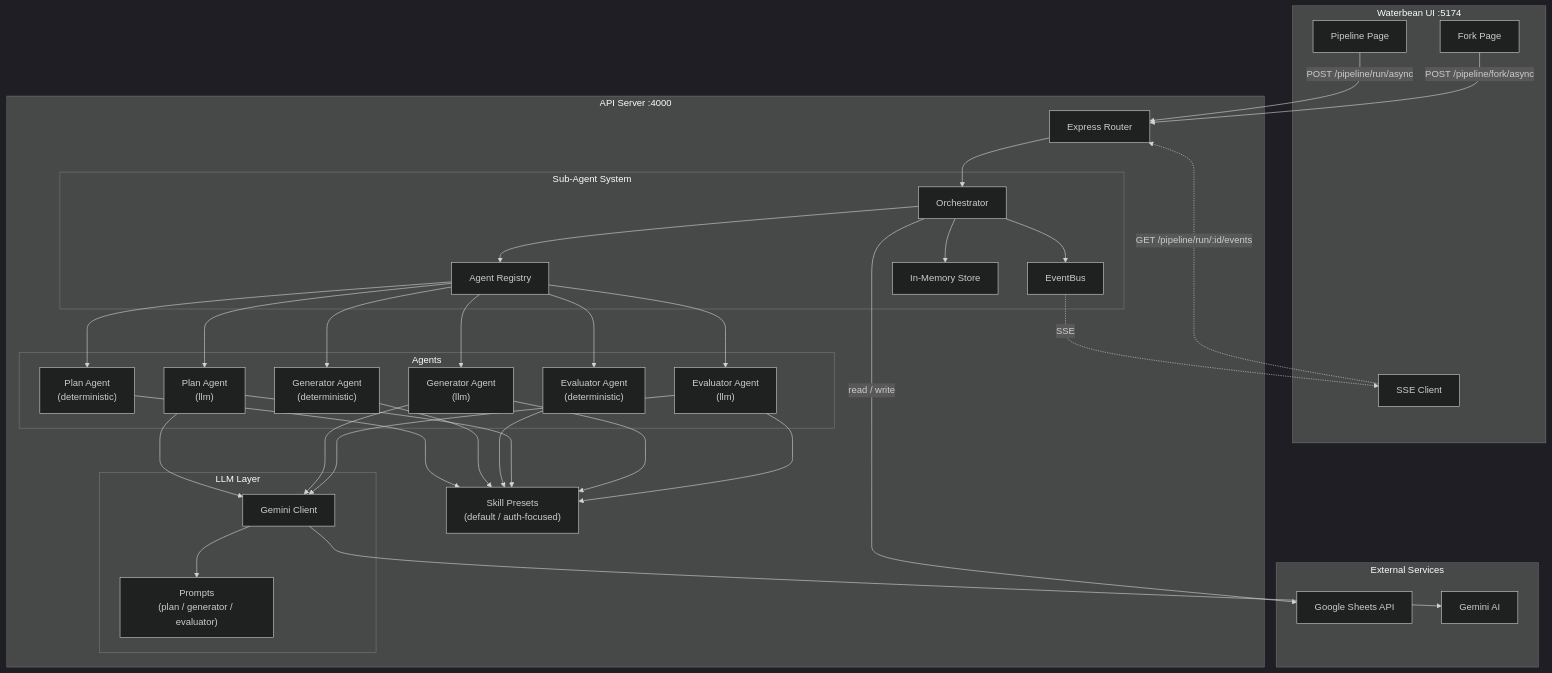
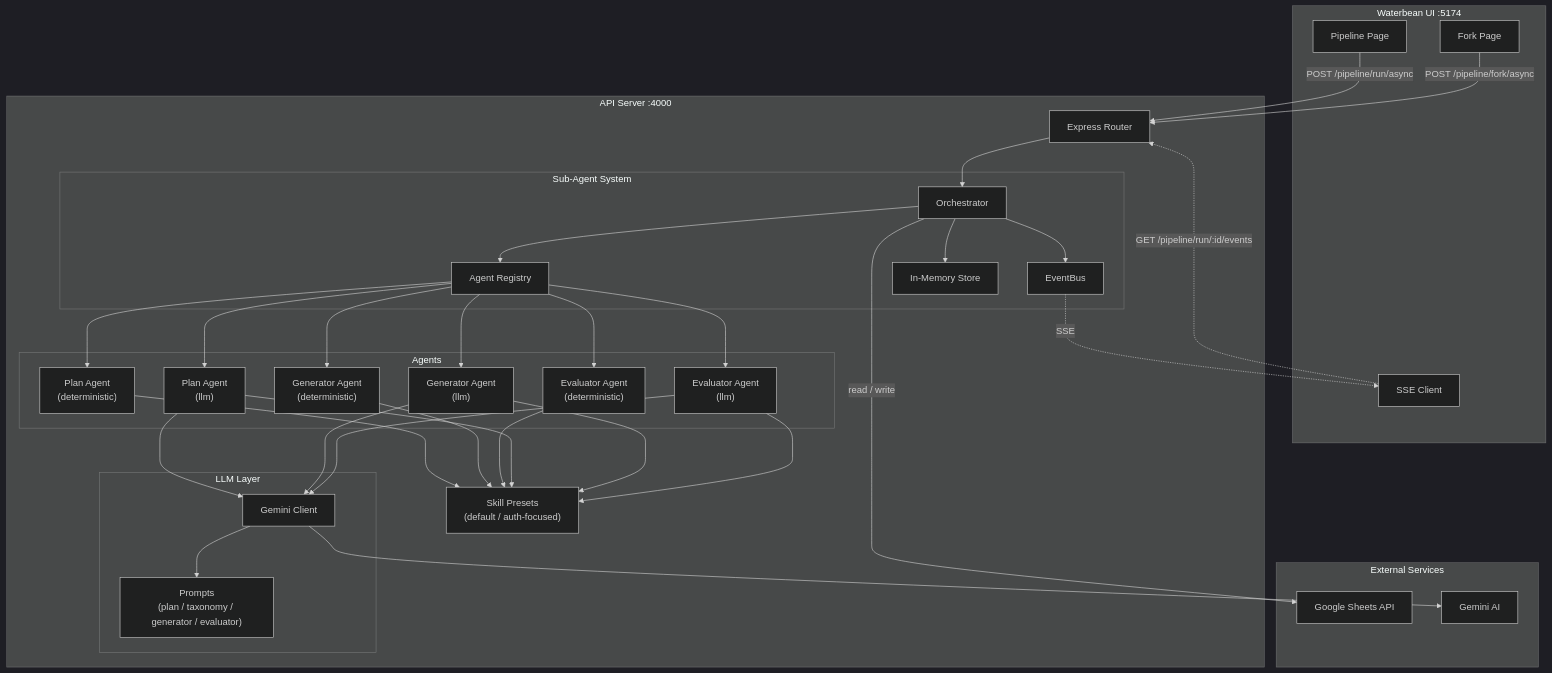
The first of 2 diagrams in README.md (hrk-day1/partner-center), drawn with Mermaid (dark theme) before and after one commit. The commit also changed other lines of this file and 34 other files, not shown here.

````diff
--- a/README.md
+++ b/README.md
@@ -85,63 +85,63 @@
 ```mermaid
 graph TB
     subgraph client [Waterbean UI :5174]
         PipelinePage["Pipeline Page"]
         ForkPage["Fork Page"]
         SSEClient["SSE Client"]
     end
 
     subgraph server [API Server :4000]
         Router["Express Router"]
 
         subgraph agentSystem [Sub-Agent System]
             Orchestrator
             EventBus
             Registry["Agent Registry"]
             Store["In-Memory Store"]
         end
 
         subgraph agents [Agents]
             PlanDet["Plan Agent\n(deterministic)"]
             PlanLLM["Plan Agent\n(llm)"]
             GenDet["Generator Agent\n(deterministic)"]
             GenLLM["Generator Agent\n(llm)"]
             EvalDet["Evaluator Agent\n(deterministic)"]
             EvalLLM["Evaluator Agent\n(llm)"]
         end
 
         subgraph llm [LLM Layer]
             GeminiClient["Gemini Client"]
-            Prompts["Prompts\n(plan / generator / evaluator)"]
+            Prompts["Prompts\n(plan / taxonomy / generator / evaluator)"]
         end
 
         Skills["Skill Presets\n(default / auth-focused)"]
     end
 
     subgraph external [External Services]
         Sheets["Google Sheets API"]
         Gemini["Gemini AI"]
     end
 
     PipelinePage -->|"POST /pipeline/run/async"| Router
     ForkPage -->|"POST /pipeline/fork/async"| Router
     SSEClient -.->|"GET /pipeline/run/:id/events"| Router
 
     Router --> Orchestrator
     Orchestrator --> Registry
     Registry --> PlanDet & PlanLLM
     Registry --> GenDet & GenLLM
     Registry --> EvalDet & EvalLLM
 
     Orchestrator --> EventBus
     EventBus -.->|SSE| SSEClient
     Orchestrator --> Store
 
     PlanLLM & GenLLM & EvalLLM --> GeminiClient
     GeminiClient --> Prompts
     GeminiClient --> Gemini
 
     PlanDet & GenDet & EvalDet --> Skills
     PlanLLM & GenLLM & EvalLLM --> Skills
 
     Orchestrator -->|"read / write"| Sheets
 ```
````
